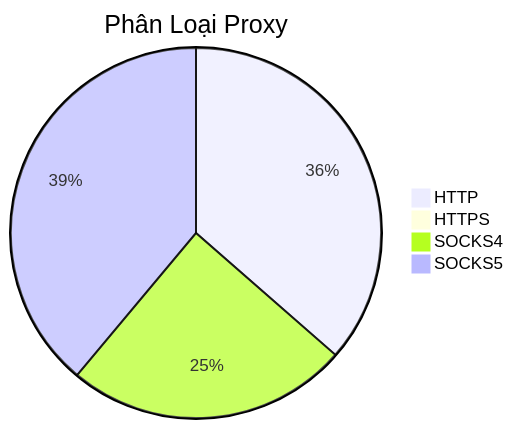
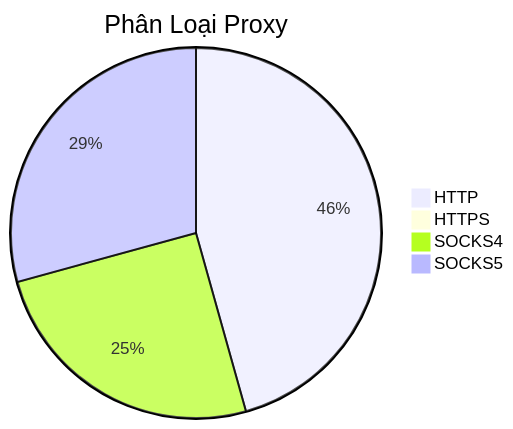
The diagram in README.md (Ciara-12/PROXY-free), drawn with Mermaid before and after one commit. The commit also changed other lines of this file and 4 other files, not shown here.

````diff
--- a/README.md
+++ b/README.md
@@ -26,7 +26,7 @@
 ```mermaid
 pie title Phân Loại Proxy
-    "HTTP" : 294
-    "HTTPS" : 0
-    "SOCKS4" : 199
-    "SOCKS5" : 314
+    "HTTP" : 504
+    "HTTPS" : 1
+    "SOCKS4" : 277
+    "SOCKS5" : 323
 ```
````
